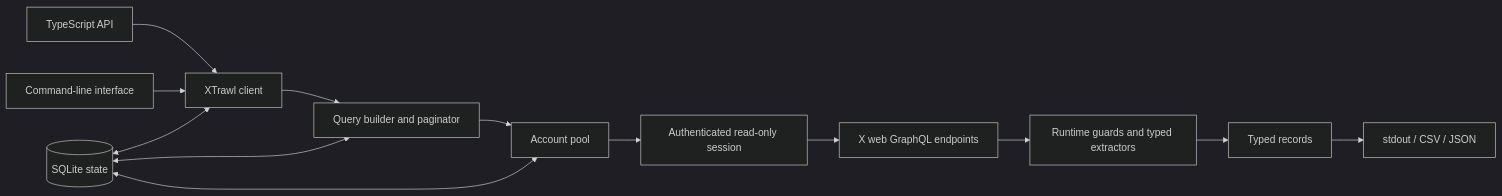
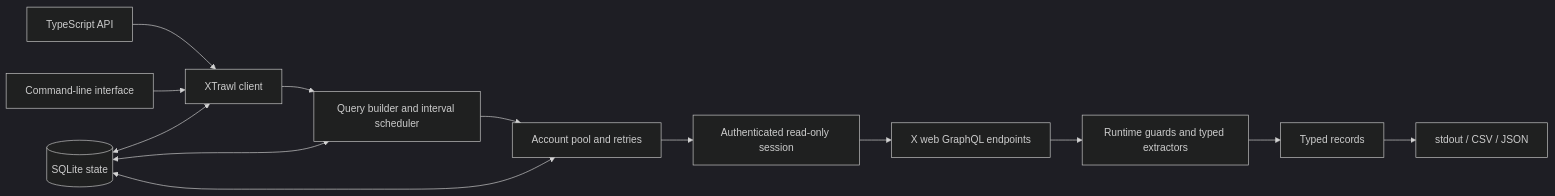
One commit to ensp1re/xtrawl changed the diagram in README.md. Above: the diagram before and after it, drawn with Mermaid (dark theme). The commit also changed other lines of this file and 50 other files, not shown here.

````diff
--- a/README.md
+++ b/README.md
@@ -146,16 +148,16 @@
 ```mermaid
 flowchart LR
     API["TypeScript API"] --> Client["XTrawl client"]
     CLI["Command-line interface"] --> Client
-    Client --> Query["Query builder and paginator"]
-    Query --> Pool["Account pool"]
+    Client --> Query["Query builder and interval scheduler"]
+    Query --> Pool["Account pool and retries"]
     Pool --> Session["Authenticated read-only session"]
     Session --> X["X web GraphQL endpoints"]
     X --> Parse["Runtime guards and typed extractors"]
     Parse --> Result["Typed records"]
     Result --> Output["stdout / CSV / JSON"]
 
     State[("SQLite state")] <--> Client
     State <--> Pool
     State <--> Query
 ```
````
